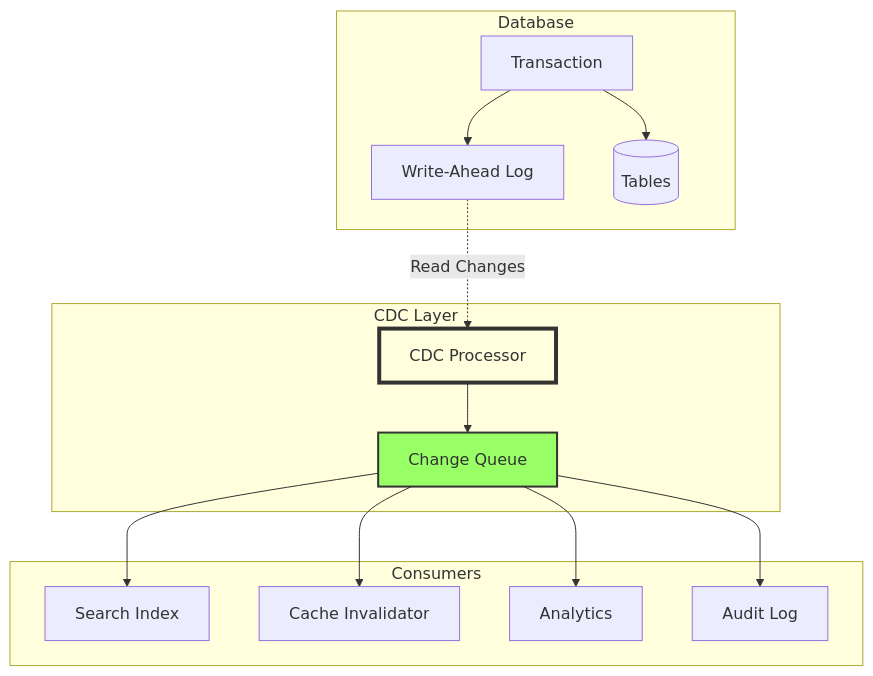
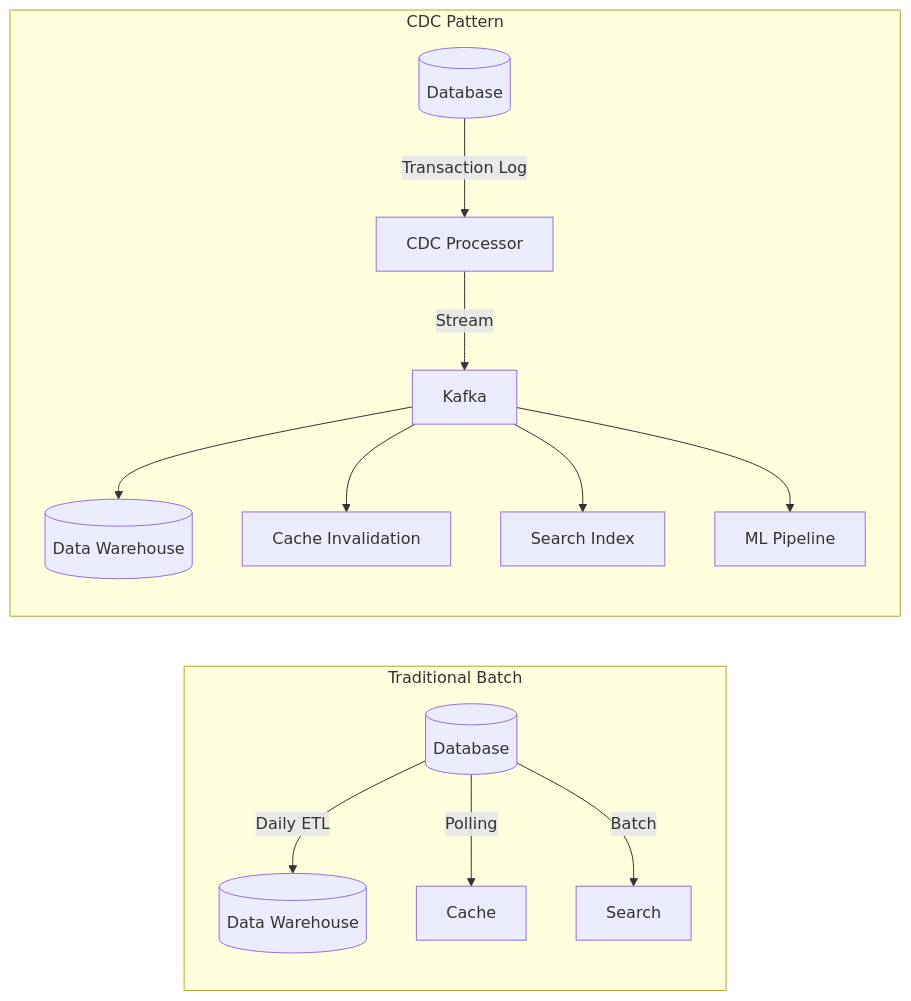
Before and after one commit to deepaucksharma/DStudio: the first of 4 diagrams in docs/pattern-library/data-management/cdc.md, drawn with Mermaid. The commit also changed other lines of this file and 64 other files, not shown here.

````diff
--- a/docs/pattern-library/data-management/cdc.md
+++ b/docs/pattern-library/data-management/cdc.md
@@ -51,29 +81,17 @@
 ```mermaid
-graph TB
-    subgraph "Database"
-        T[Transaction] --> WAL[Write-Ahead Log]
-        T --> TB[(Tables)]
+graph LR
+    subgraph "Traditional Batch"
+        DB1[(Database)] -->|Daily ETL| DW1[(Data Warehouse)]
+        DB1 -->|Polling| C1[Cache]
+        DB1 -->|Batch| S1[Search]
     end
     
-    subgraph "CDC Layer"
-        CDC[CDC Processor]
-        Q[Change Queue]
+    subgraph "CDC Pattern"
+        DB2[(Database)] -->|Transaction Log| CDC[CDC Processor]
+        CDC -->|Stream| K[Kafka]
+        K --> DW2[(Data Warehouse)]
+        K --> C2[Cache Invalidation]
+        K --> S2[Search Index]
+        K --> ML[ML Pipeline]
     end
-    
-    subgraph "Consumers"
-        C1[Search Index]
-        C2[Cache Invalidator]
-        C3[Analytics]
-        C4[Audit Log]
-    end
-    
-    WAL -.->|Read Changes| CDC
-    CDC --> Q
-    Q --> C1
-    Q --> C2
-    Q --> C3
-    Q --> C4
-    
-    style CDC fill:#ffd,stroke:#333,stroke-width:4px
-    style Q fill:#9f6,stroke:#333,stroke-width:2px
 ```
````
